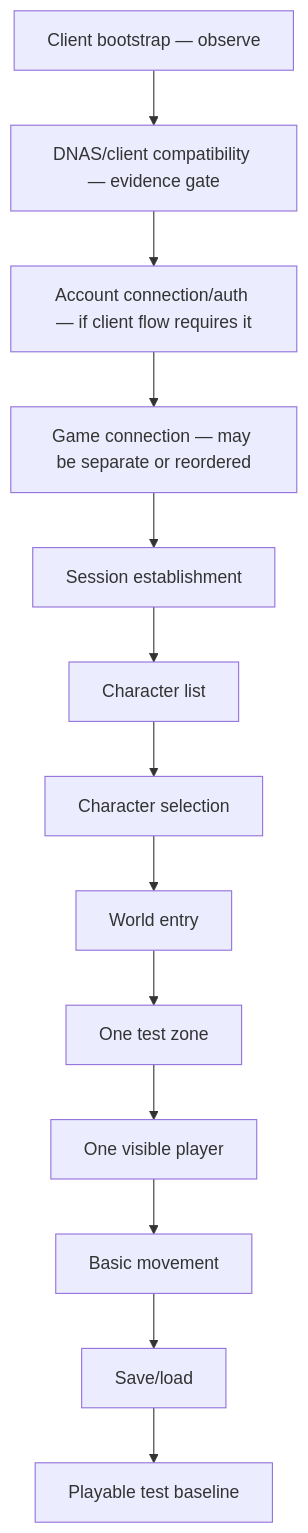
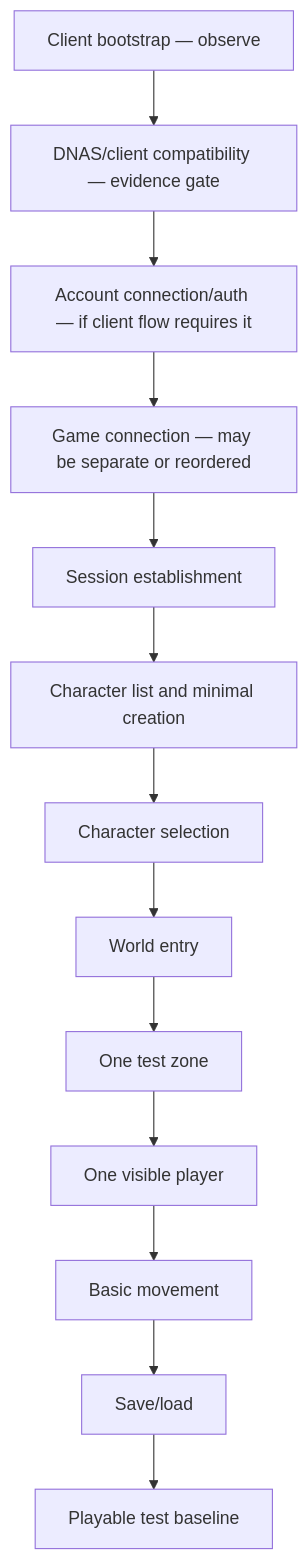
One commit to Ben-Breen/EQOA_Nighthaven_Server changed the diagram in docs/protocol-evidence-plan.md. Above: the diagram before and after it, drawn with Mermaid. The commit also changed other lines of this file and 12 other files, not shown here.

````diff
--- a/docs/protocol-evidence-plan.md
+++ b/docs/protocol-evidence-plan.md
@@ -273,15 +279,15 @@
 ```mermaid
 flowchart TD
   A[Client bootstrap — observe] --> B[DNAS/client compatibility — evidence gate]
   B --> C[Account connection/auth — if client flow requires it]
   C --> D[Game connection — may be separate or reordered]
   D --> E[Session establishment]
-  E --> F[Character list]
+  E --> F[Character list and minimal creation]
   F --> G[Character selection]
   G --> H[World entry]
   H --> I[One test zone]
   I --> J[One visible player]
   J --> K[Basic movement]
   K --> L[Save/load]
   L --> M[Playable test baseline]
 ```
````
